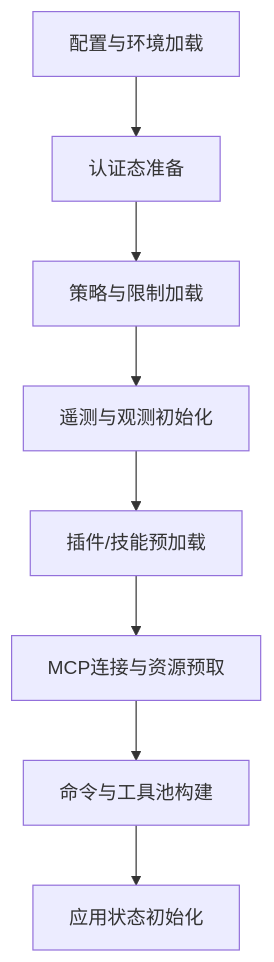
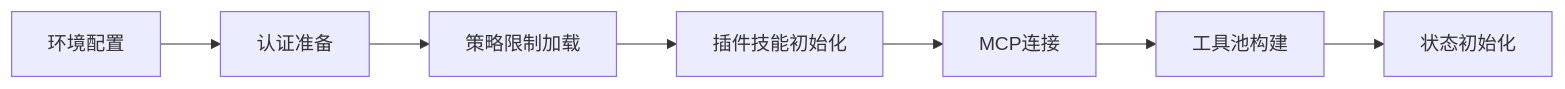
One commit to NanoAgentCode/claude-code-rev changed the second of 3 diagrams in docs/项目运行调度流程报告.md. Above: the diagram before and after it, drawn with Mermaid. The commit also changed other lines of this file and 15 other files, not shown here.

Commit message:
docs: remove outdated modularization report and streamline application flow documentation

````diff
--- a/docs/项目运行调度流程报告.md
+++ b/docs/项目运行调度流程报告.md
@@ -94,10 +37,9 @@
 ```mermaid
-flowchart TD
-    I1[配置与环境加载] --> I2[认证态准备]
-    I2 --> I3[策略与限制加载]
-    I3 --> I4[遥测与观测初始化]
-    I4 --> I5[插件/技能预加载]
-    I5 --> I6[MCP连接与资源预取]
-    I6 --> I7[命令与工具池构建]
-    I7 --> I8[应用状态初始化]
+flowchart LR
+    I1[环境配置] --> I2[认证准备]
+    I2 --> I3[策略限制加载]
+    I3 --> I4[插件技能初始化]
+    I4 --> I5[MCP连接]
+    I5 --> I6[工具池构建]
+    I6 --> I7[状态初始化]
 ```
````
